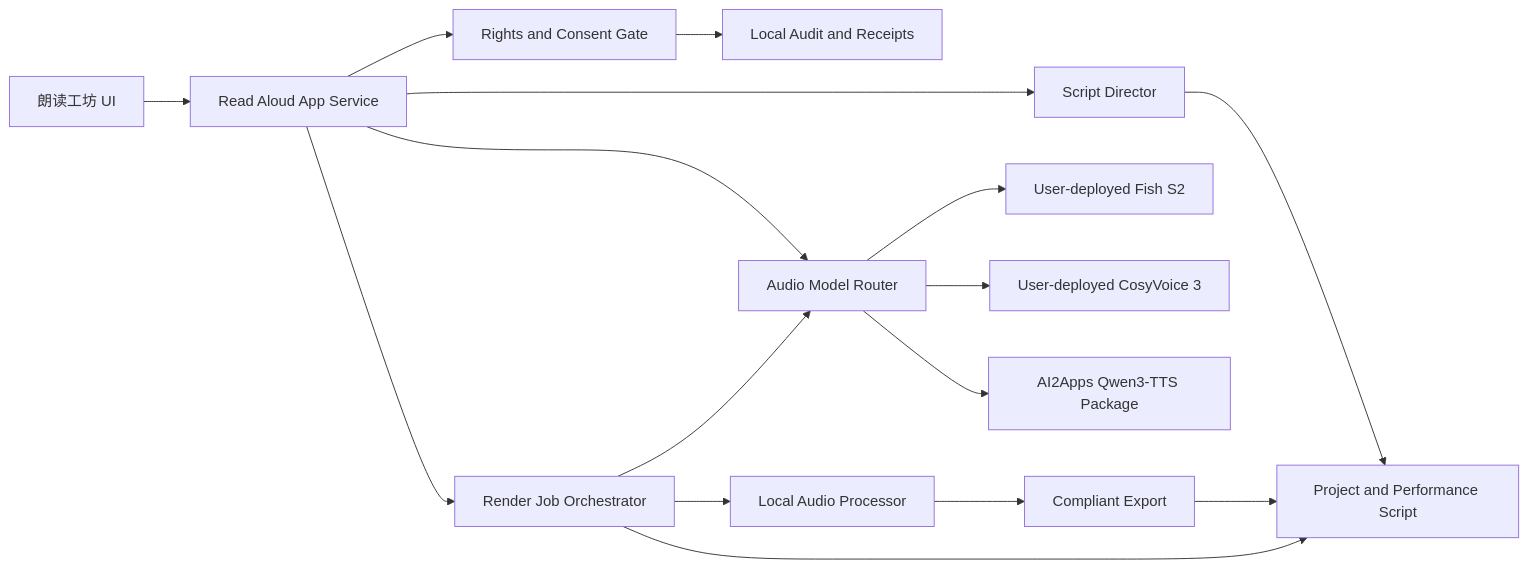
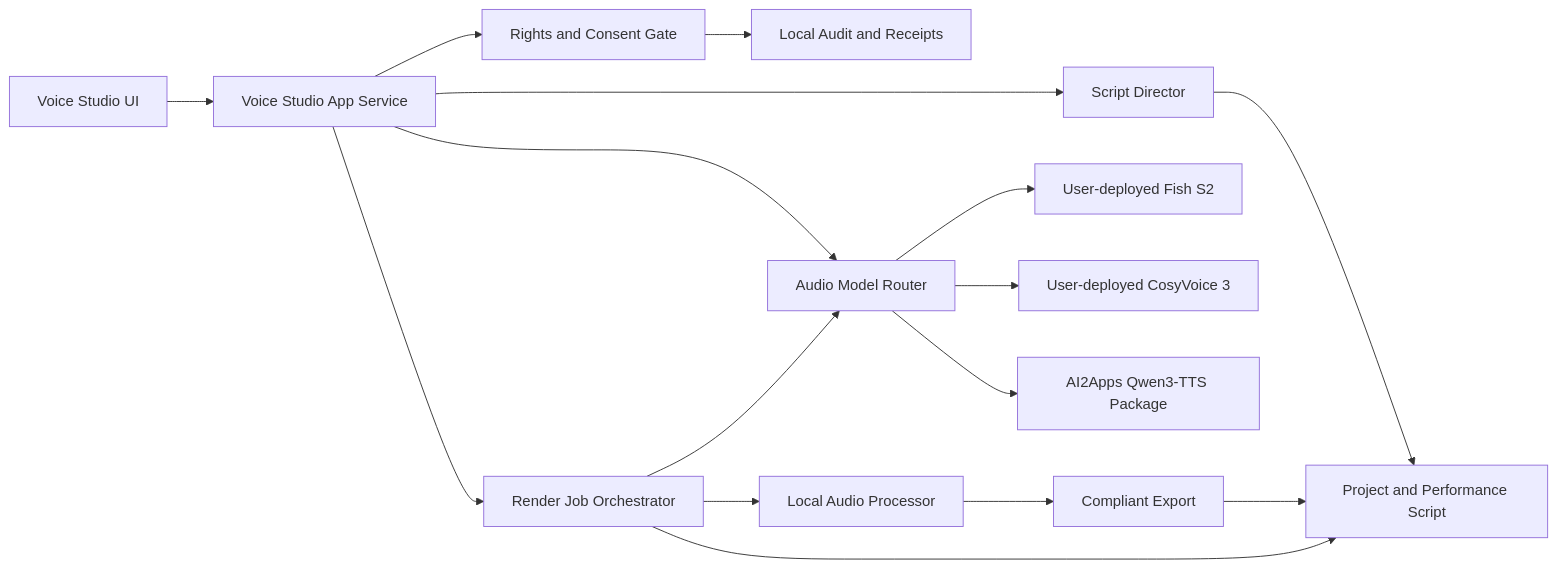
Before and after one commit to Avdpro/ai2apps: the diagram in docs/ai2apps-readaloud-product-technical-plan-v1.md, drawn with Mermaid. The commit also changed other lines of this file and 1409 other files, not shown here.

````diff
--- a/docs/ai2apps-readaloud-product-technical-plan-v1.md
+++ b/docs/ai2apps-readaloud-product-technical-plan-v1.md
@@ -208,18 +208,18 @@
 ```mermaid
 flowchart LR
-    UI["朗读工坊 UI"] --> APP["Read Aloud App Service"]
+    UI["Voice Studio UI"] --> APP["Voice Studio App Service"]
     APP --> RIGHTS["Rights and Consent Gate"]
     APP --> DIRECTOR["Script Director"]
     APP --> ROUTER["Audio Model Router"]
     ROUTER --> FISH["User-deployed Fish S2"]
     ROUTER --> COSY["User-deployed CosyVoice 3"]
     ROUTER --> QWEN["AI2Apps Qwen3-TTS Package"]
     APP --> JOBS["Render Job Orchestrator"]
     JOBS --> ROUTER
     JOBS --> MIXER["Local Audio Processor"]
     MIXER --> EXPORT["Compliant Export"]
     RIGHTS --> AUDIT["Local Audit and Receipts"]
     DIRECTOR --> PROJECT["Project and Performance Script"]
     JOBS --> PROJECT
     EXPORT --> PROJECT
 ```
````
